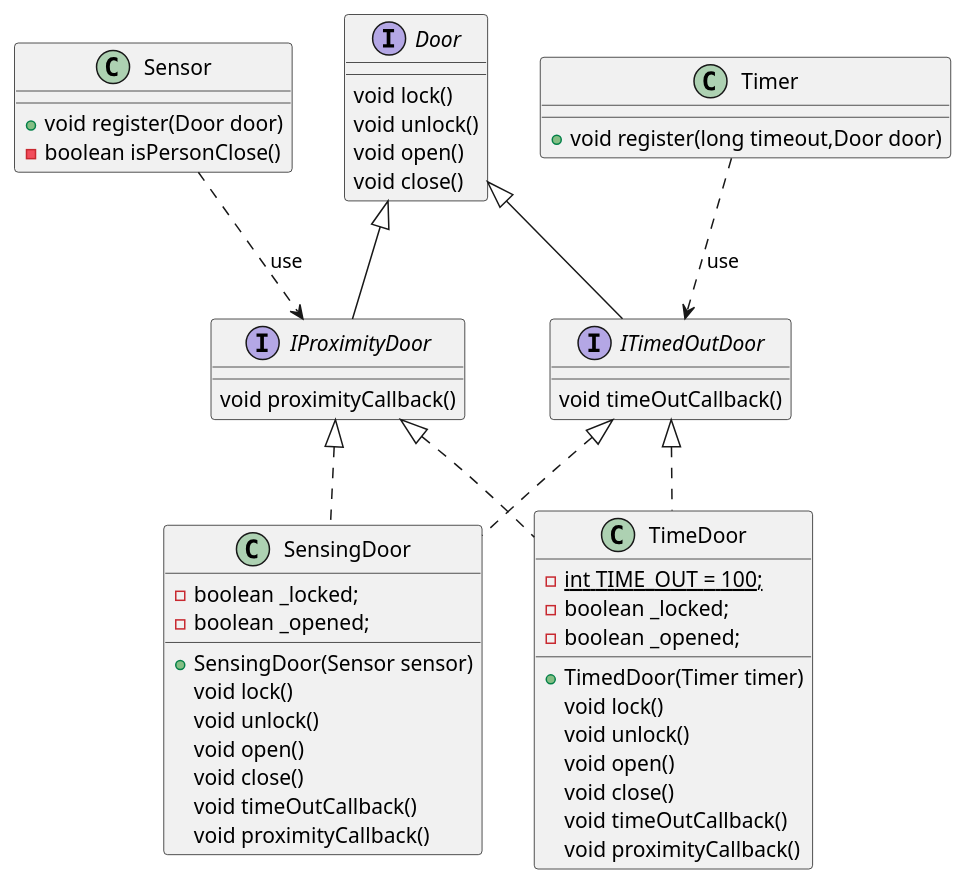
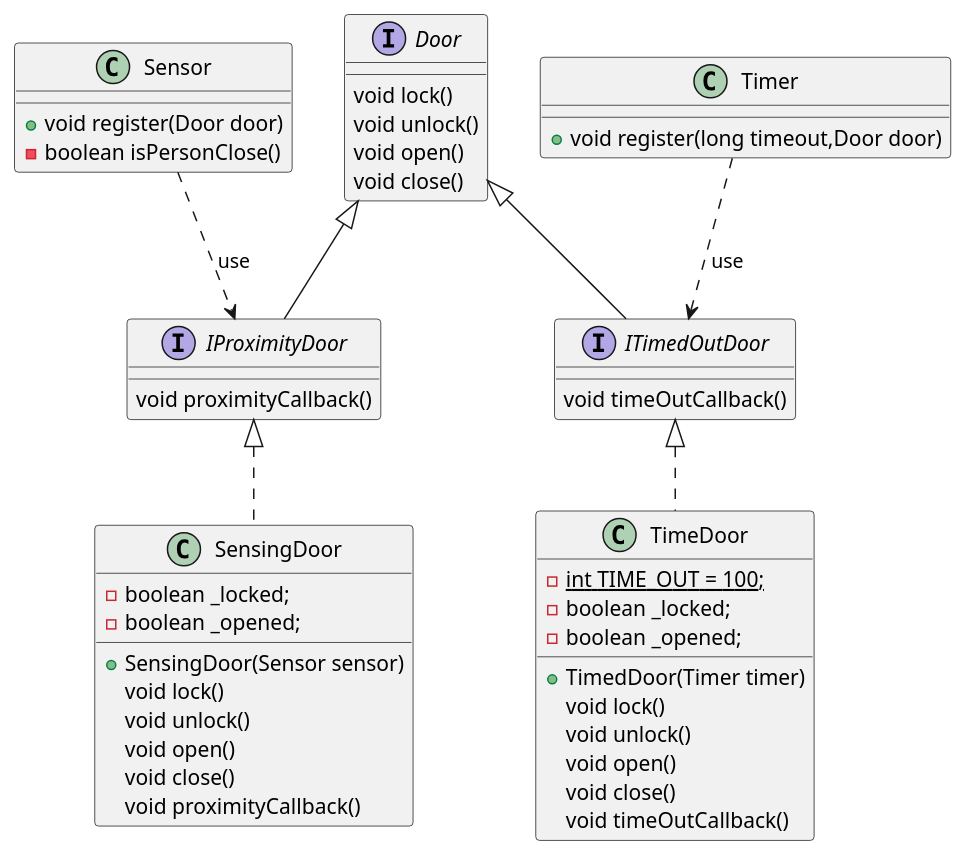
One commit to Azer-ch/Software-Architecture changed the diagram in ISP/src/com/directi/training/isp/exercise_refactored/after_ISP.puml. Above: the diagram before and after it, drawn with PlantUML. The commit also changed 16 other files, not shown here.

```diff
--- a/ISP/src/com/directi/training/isp/exercise_refactored/after_ISP.puml
+++ b/ISP/src/com/directi/training/isp/exercise_refactored/after_ISP.puml
@@ -1,48 +1,46 @@
 @startuml
 
 interface Door{
     void lock()
     void unlock()
     void open()
     void close()
 }
 interface IProximityDoor extends Door{
     void proximityCallback()
 }
 interface ITimedOutDoor extends Door{
     void timeOutCallback()
 }
-class SensingDoor implements IProximityDoor , ITimedOutDoor
+class SensingDoor implements IProximityDoor
 {
     - boolean _locked;
     - boolean _opened;
     + SensingDoor(Sensor sensor)
     void lock()
     void unlock()
     void open()
     void close()
-    void timeOutCallback()
     void proximityCallback()
 }
-class TimeDoor implements ITimedOutDoor , IProximityDoor{
+class TimeDoor implements ITimedOutDoor{
     - {static} int TIME_OUT = 100;
     - boolean _locked;
     - boolean _opened;
     + TimedDoor(Timer timer)
     void lock()
     void unlock()
     void open()
     void close()
     void timeOutCallback()
-    void proximityCallback()
 }
 class Sensor{
     + void register(Door door)
     - boolean isPersonClose()
 }
 class Timer{
     + void register(long timeout,Door door)
 }
 Timer ..> ITimedOutDoor : use
 Sensor ..> IProximityDoor : use
 @enduml
```
